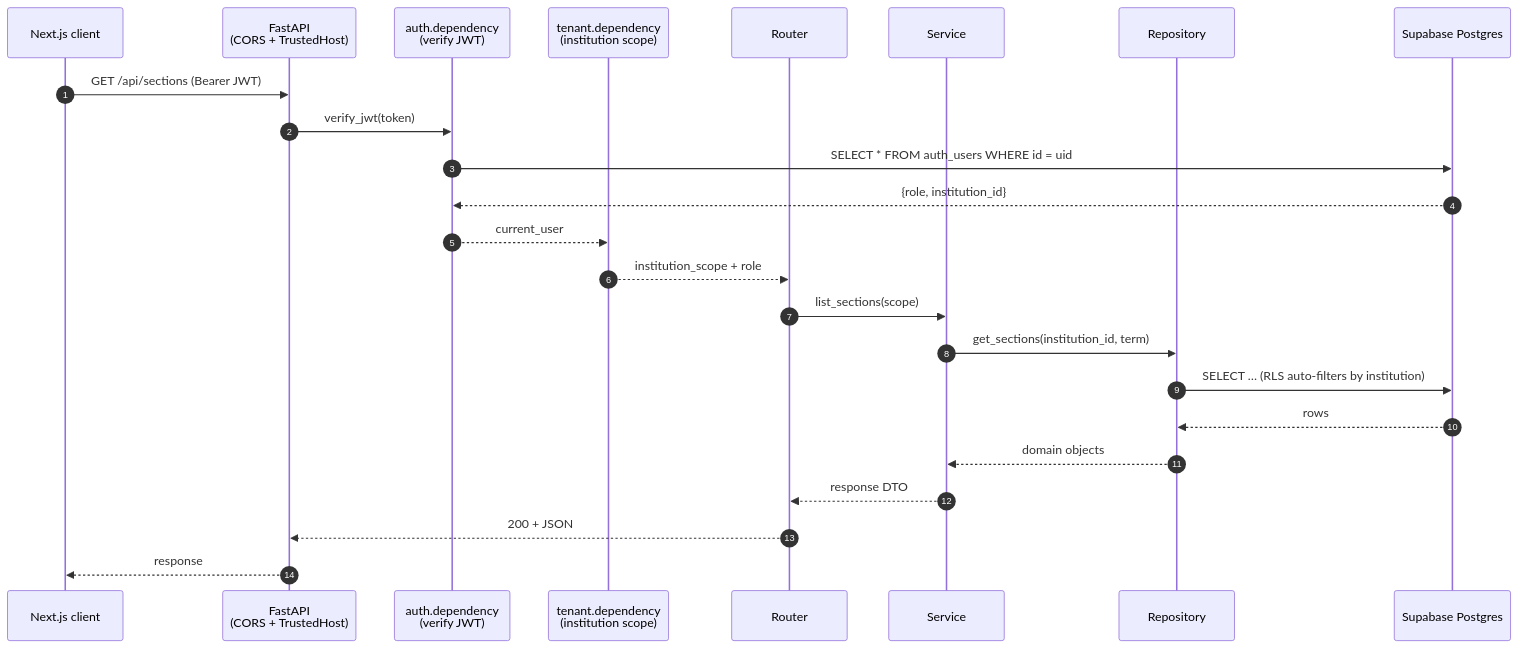
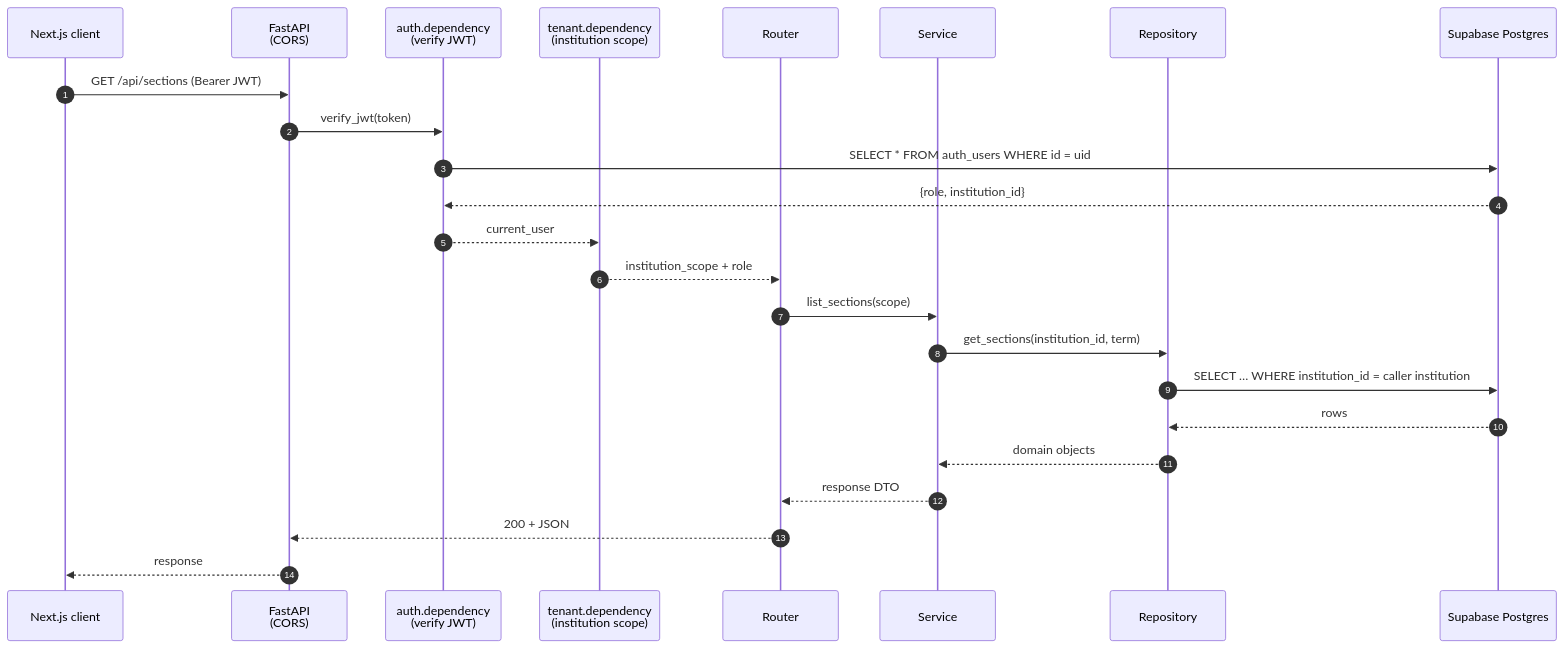
Before and after one commit to adnan-manik/ClassIQ: the third of 10 diagrams in Docs/BACKEND_ARCHITECTURE.md, drawn with Mermaid. The commit also changed other lines of this file and 108 other files, not shown here.

````diff
--- a/Docs/BACKEND_ARCHITECTURE.md
+++ b/Docs/BACKEND_ARCHITECTURE.md
@@ -153,27 +153,27 @@
 ```mermaid
 sequenceDiagram
     autonumber
     participant C as Next.js client
-    participant FA as FastAPI<br/>(CORS + TrustedHost)
+    participant FA as FastAPI<br/>(CORS)
     participant Auth as auth.dependency<br/>(verify JWT)
     participant Tnt as tenant.dependency<br/>(institution scope)
     participant R as Router
     participant Svc as Service
     participant Rep as Repository
     participant PG as Supabase Postgres
 
     C->>FA: GET /api/sections (Bearer JWT)
     FA->>Auth: verify_jwt(token)
     Auth->>PG: SELECT * FROM auth_users WHERE id = uid
     PG-->>Auth: {role, institution_id}
     Auth-->>Tnt: current_user
     Tnt-->>R: institution_scope + role
     R->>Svc: list_sections(scope)
     Svc->>Rep: get_sections(institution_id, term)
-    Rep->>PG: SELECT … (RLS auto-filters by institution)
+    Rep->>PG: SELECT … WHERE institution_id = caller institution
     PG-->>Rep: rows
     Rep-->>Svc: domain objects
     Svc-->>R: response DTO
     R-->>FA: 200 + JSON
     FA-->>C: response
 ```
````
